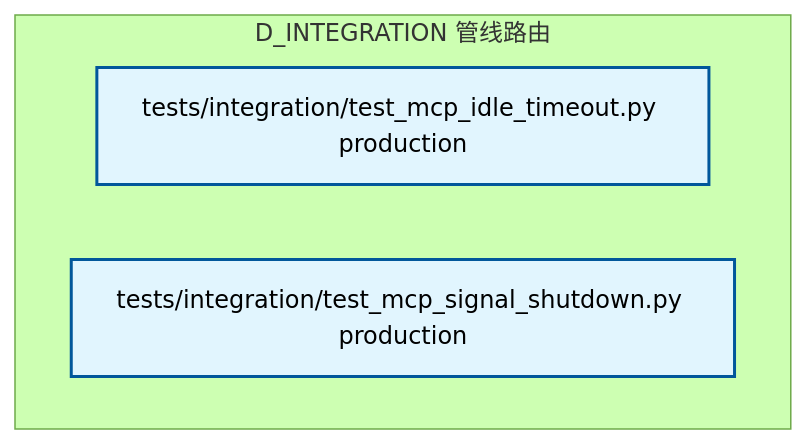
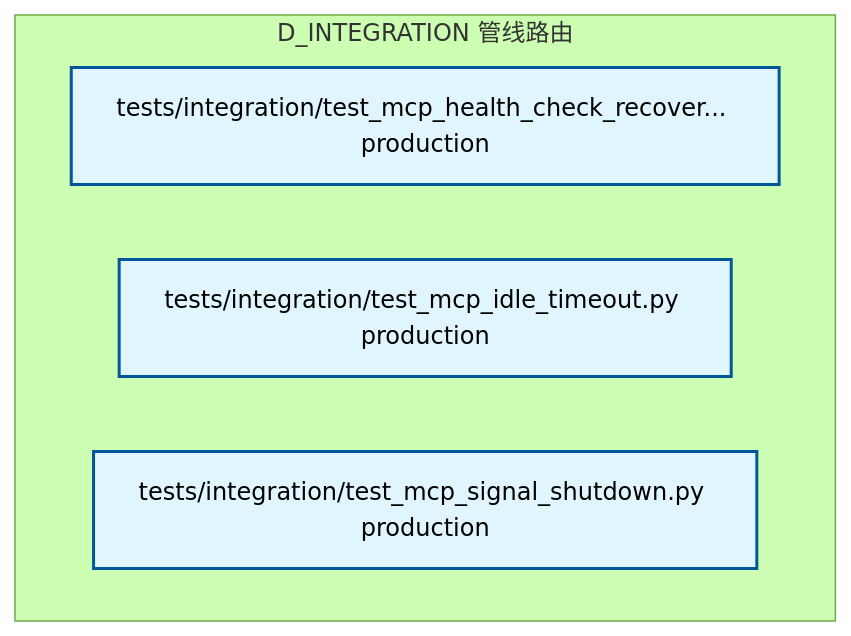
One commit to xuanFelixVan/ZephyrAlpha changed the fifth of 5 diagrams in docs/02_enterprise_architecture/02_domain_architecture_docs/13_d_integration.md. Above: the diagram before and after it, drawn with Mermaid (forest theme). The commit also changed other lines of this file and 105 other files, not shown here.

````diff
--- a/docs/02_enterprise_architecture/02_domain_architecture_docs/13_d_integration.md
+++ b/docs/02_enterprise_architecture/02_domain_architecture_docs/13_d_integration.md
@@ -865,12 +480,13 @@
 ```mermaid
 graph TD
     subgraph D_INTEGRATION["D_INTEGRATION 管线路由"]
+        tests_integration_test_mcp_health_check_recovery_py["tests/integration/test_mcp_health_check_recover... production"]
         tests_integration_test_mcp_idle_timeout_py["tests/integration/test_mcp_idle_timeout.py production"]
         tests_integration_test_mcp_signal_shutdown_py["tests/integration/test_mcp_signal_shutdown.py production"]
     end
     classDef production fill:#e1f5fe,stroke:#01579b,stroke-width:2px,color:#000
     classDef design fill:#fff3e0,stroke:#e65100,stroke-width:2px,color:#000,stroke-dasharray: 5 5
     classDef external_prod fill:#e8f5e9,stroke:#1b5e20,stroke-width:1px,color:#000
     classDef external_design fill:#fce4ec,stroke:#880e4f,stroke-width:1px,color:#000,stroke-dasharray: 5 5
-    class tests_integration_test_mcp_idle_timeout_py,tests_integration_test_mcp_signal_shutdown_py production
+    class tests_integration_test_mcp_health_check_recovery_py,tests_integration_test_mcp_idle_timeout_py,tests_integration_test_mcp_signal_shutdown_py production
 ```
````
